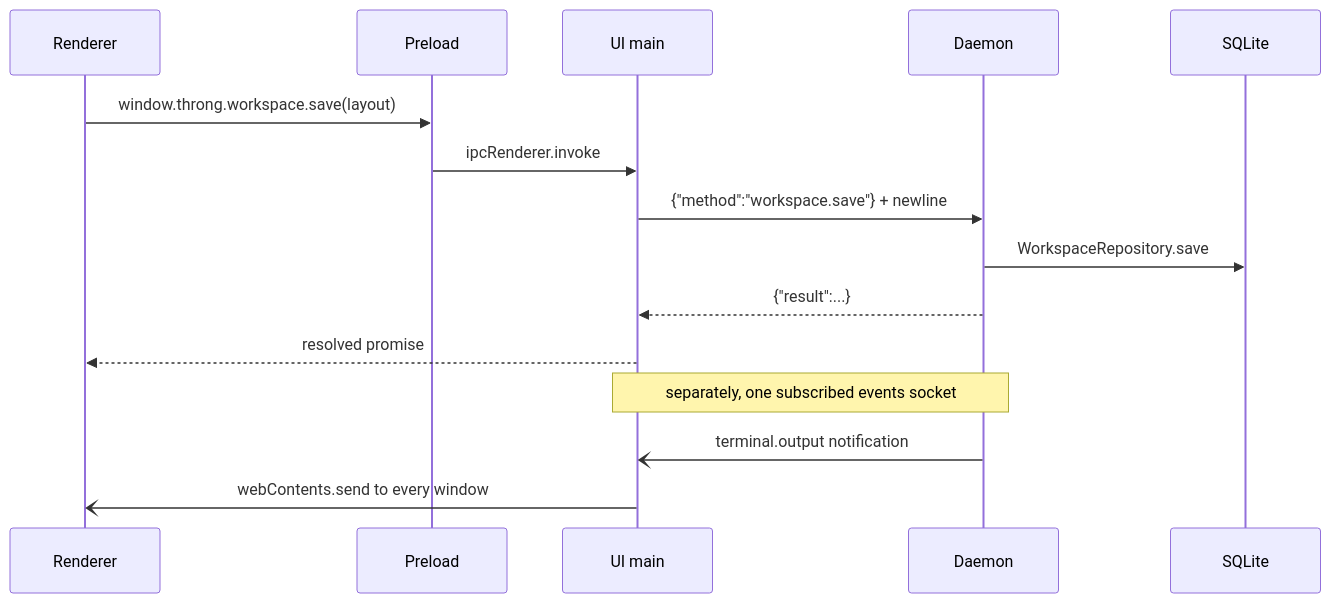
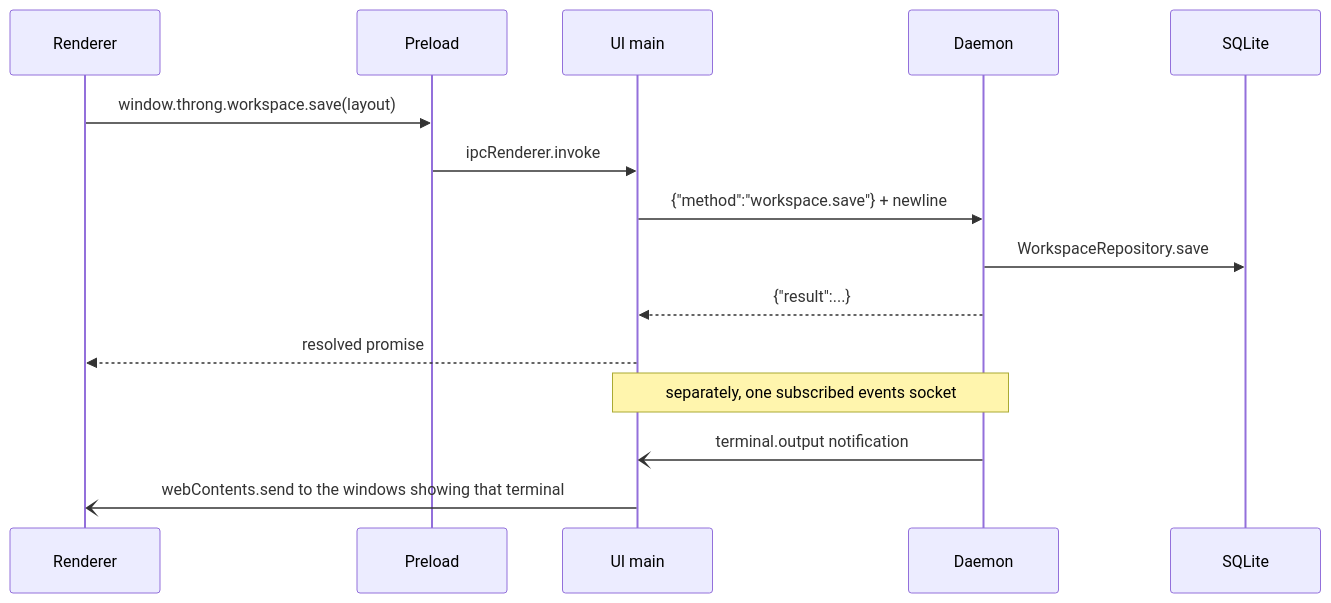
The third of 8 diagrams in docs/architecture.md (Bidthedog/throng), drawn with Mermaid before and after one commit. The commit also changed other lines of this file and 2 other files, not shown here.

````diff
--- a/docs/architecture.md
+++ b/docs/architecture.md
@@ -307,17 +313,17 @@
 ```mermaid
 sequenceDiagram
   participant R as Renderer
   participant P as Preload
   participant M as UI main
   participant D as Daemon
   participant DB as SQLite
   R->>P: window.throng.workspace.save(layout)
   P->>M: ipcRenderer.invoke
   M->>D: {"method":"workspace.save"} + newline
   D->>DB: WorkspaceRepository.save
   D-->>M: {"result":...}
   M-->>R: resolved promise
   Note over D,M: separately, one subscribed events socket
   D-)M: terminal.output notification
-  M-)R: webContents.send to every window
+  M-)R: webContents.send to the windows showing that terminal
 ```
````
